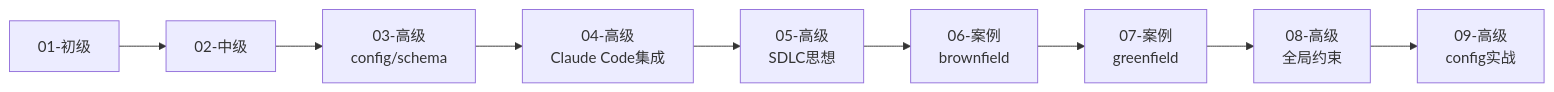
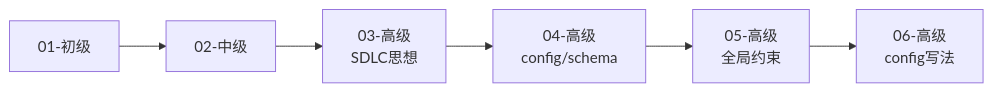
Before and after one commit to ethan-jiang-3/OpenSpec: the second of 5 diagrams in _openspec_handbook/00-index.md, drawn with Mermaid. The commit also changed other lines of this file and 12 other files, not shown here.

````diff
--- a/_openspec_handbook/00-index.md
+++ b/_openspec_handbook/00-index.md
@@ -72,6 +80,6 @@
 ```mermaid
 graph LR
-    A[01-初级] --> B[02-中级] --> C[03-高级<br/>config/schema] --> D[04-高级<br/>Claude Code集成]
-    D --> E[05-高级<br/>SDLC思想] --> F[06-案例<br/>brownfield]
-    F --> G[07-案例<br/>greenfield] --> H[08-高级<br/>全局约束] --> I[09-高级<br/>config实战]
+    A[01-初级] --> B[02-中级] --> C[03-高级<br/>SDLC思想]
+    C --> D[04-高级<br/>config/schema] --> E[05-高级<br/>全局约束]
+    E --> F[06-高级<br/>config写法]
 ```
````
